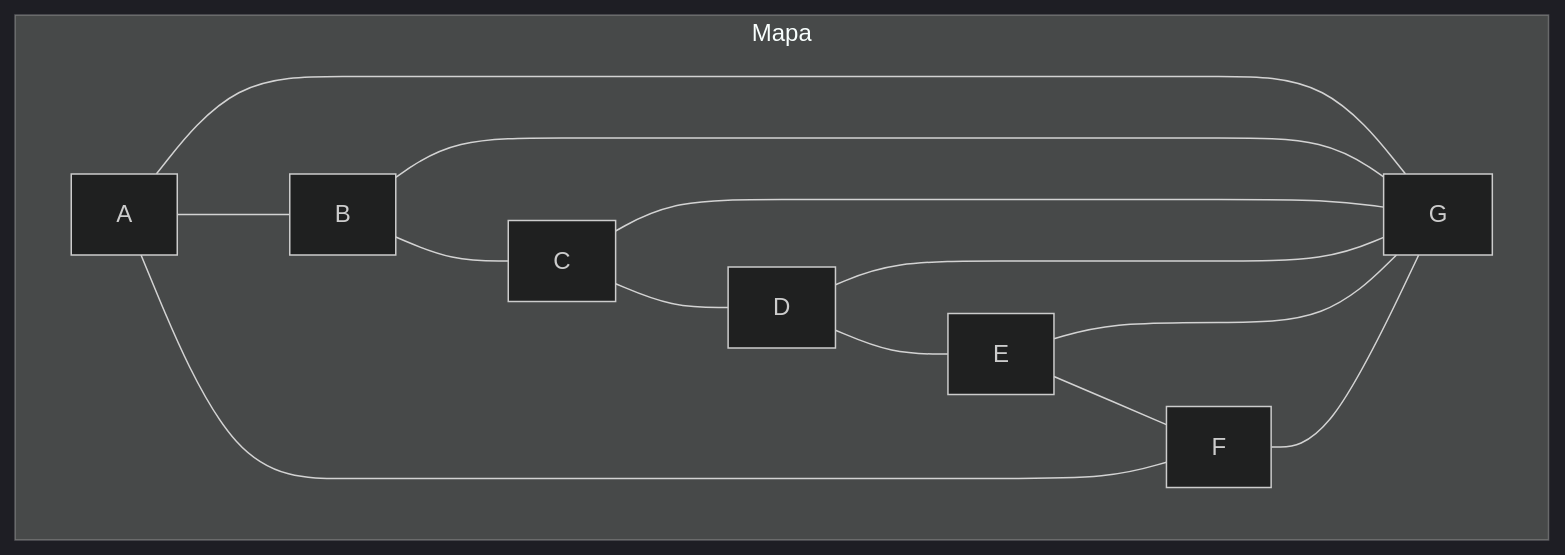
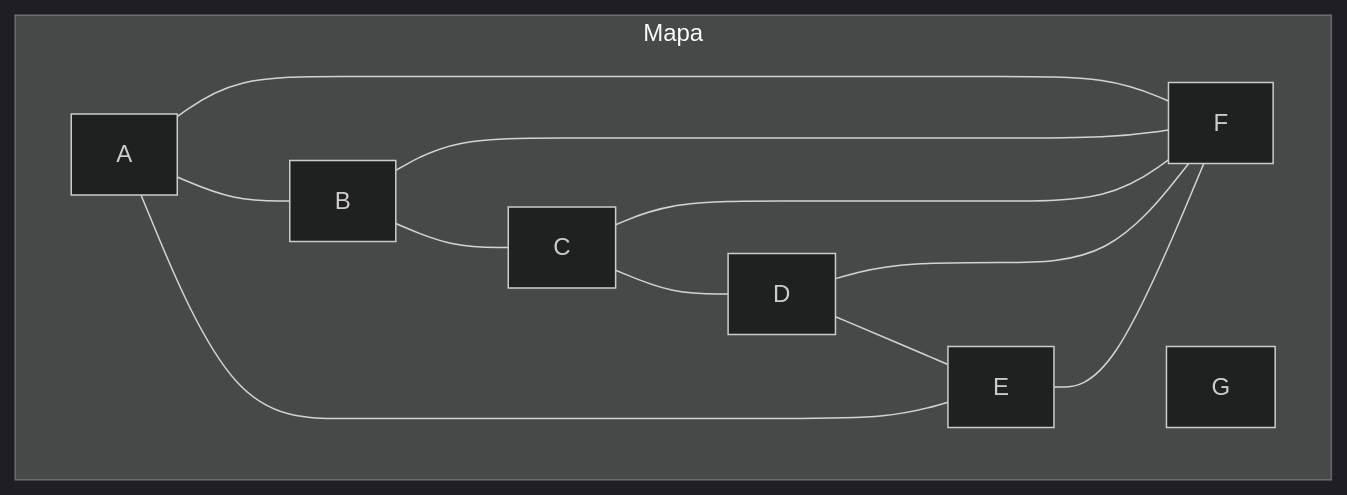
The second of 2 diagrams in public/documents/semester-2/3/2361.md (djaimej/computer-science-template), drawn with Mermaid (dark theme) before and after one commit. The commit also changed other lines of this file and 38 other files, not shown here.

````diff
--- a/public/documents/semester-2/3/2361.md
+++ b/public/documents/semester-2/3/2361.md
@@ -138,33 +147,30 @@
 ```mermaid
 graph TD
     subgraph Mapa
         A
         B
         C
         D
         E
         F
         G
 
         A --- B
         B --- C
         C --- D
         D --- E
+        E --- A
+        A --- F
+        B --- F
+        C --- F
+        D --- F
         E --- F
-        F --- A
-        A --- G
-        B --- G
-        C --- G
-        D --- G
-        E --- G
-        F --- G
 
         A:::red
-        E:::red
+        C:::red
         B:::green
-        F:::green
-        C:::purple
-        G:::purple
-        D:::dandelion
+        D:::green
+        E:::purple
+        F:::dandelion
     end
 ```
````
